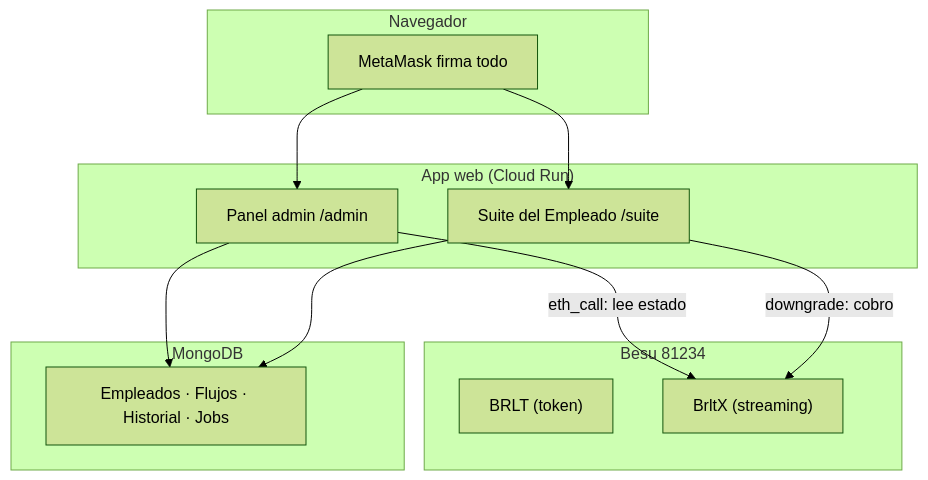
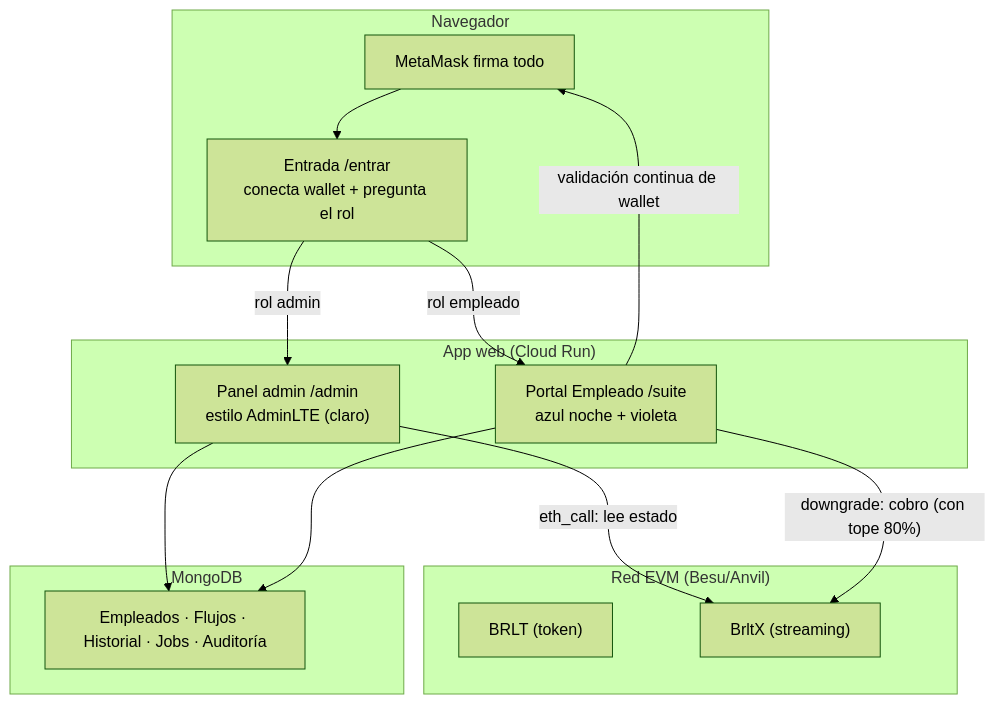
One commit to anlucorporations/superfluid changed the first of 3 diagrams in docs/Manuales/01-Tecnologia/01-plataforma.md. Above: the diagram before and after it, drawn with Mermaid (forest theme). The commit also changed other lines of this file and 64 other files, not shown here.

First line of the commit message:
Manuales y casos de uso: Portal del Empleado, validacion de wallet y downgrade tope 80% (CU-17)

````diff
--- a/docs/Manuales/01-Tecnologia/01-plataforma.md
+++ b/docs/Manuales/01-Tecnologia/01-plataforma.md
@@ -17,21 +25,25 @@
 ```mermaid
 flowchart TB
     subgraph Navegador
         M[MetaMask firma todo]
+        E["Entrada /entrar<br/>conecta wallet + pregunta el rol"]
     end
     subgraph AppWeb["App web (Cloud Run)"]
-        P["Panel admin /admin"]
-        S["Suite del Empleado /suite"]
+        P["Panel admin /admin<br/>estilo AdminLTE (claro)"]
+        S["Portal Empleado /suite<br/>azul noche + violeta"]
     end
-    subgraph Cadena["Besu 81234"]
+    subgraph Cadena["Red EVM (Besu/Anvil)"]
         BRLT["BRLT (token)"]
         BRLTX["BrltX (streaming)"]
     end
     subgraph Datos["MongoDB"]
-        D[Empleados · Flujos · Historial · Jobs]
+        D[Empleados · Flujos · Historial · Jobs · Auditoría]
     end
-    M --> P -->|eth_call: lee estado| BRLTX
-    M --> S -->|downgrade: cobro| BRLTX
+    M --> E
+    E -->|"rol admin"| P -->|eth_call: lee estado| BRLTX
+    E -->|"rol empleado"| S
+    S -->|"downgrade: cobro (con tope 80%)"| BRLTX
+    S -->|"validación continua de wallet"| M
     P --> D
     S --> D
 ```
````
